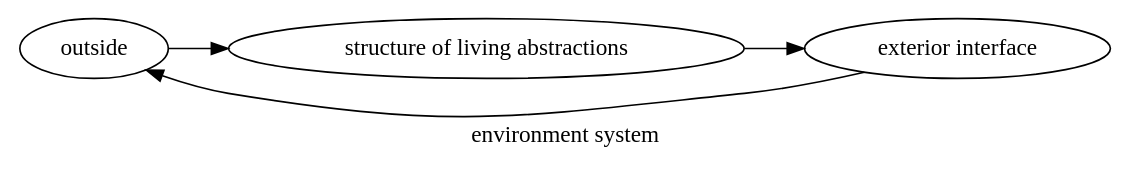
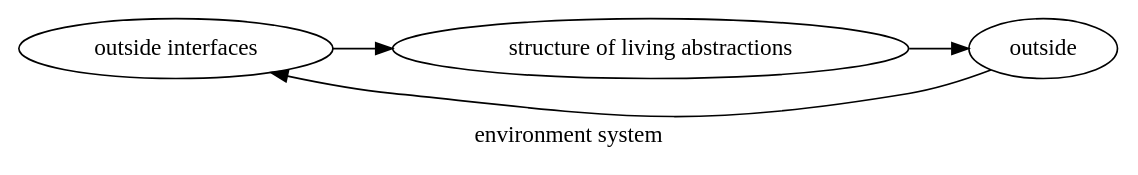
The diagram in diagrams/environment-system.dot (AdrKacz/crispy-parakeet), drawn with Graphviz before and after one commit. The commit also changed 11 other files, not shown here.

```diff
--- a/diagrams/environment-system.dot
+++ b/diagrams/environment-system.dot
@@ -1,10 +1,10 @@
 /*
 dot -Tsvg diagrams/environment-system.dot > diagrams-output/environment-system.svg
 */
 digraph {
   label="environment system"
   rankdir=LR;
 
-  "outside" -> "structure of living abstractions" -> "exterior interface";
-  "exterior interface" -> "outside" [constraint=false];
+  "outside interfaces" -> "structure of living abstractions" -> "outside";
+  "outside" -> "outside interfaces" [constraint=false];
 }
```
